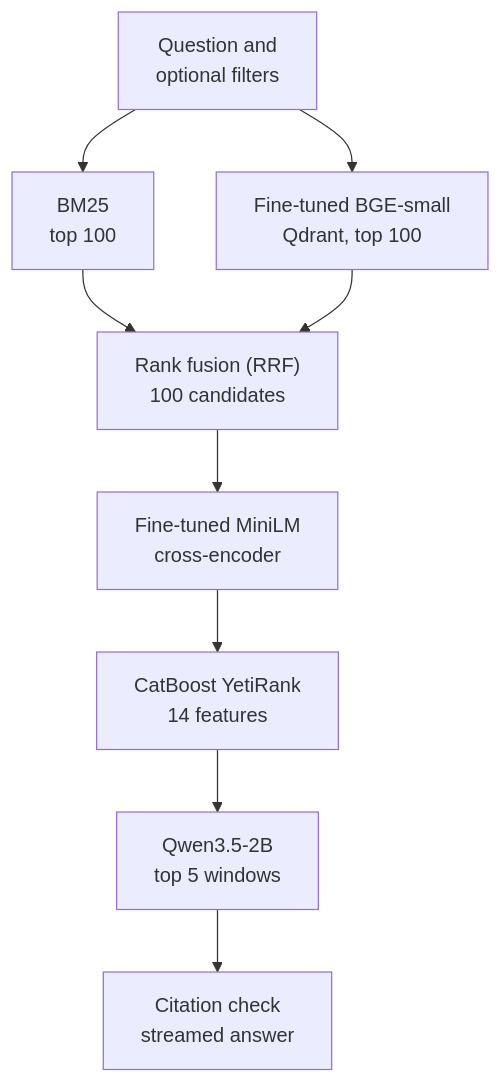
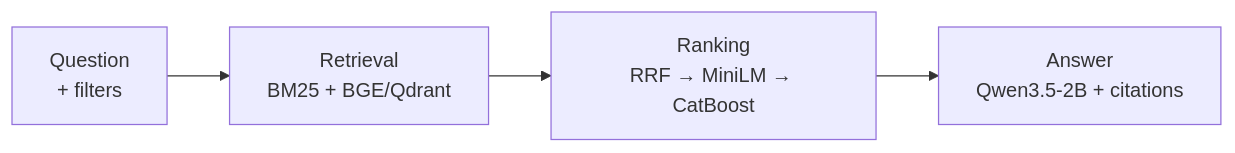
The diagram in README.md (flaretensor/ledgerlight), drawn with Mermaid before and after one commit.

Commit message:
docs(readme): simplify the pipeline diagram

````diff
--- a/README.md
+++ b/README.md
@@ -11,12 +11,9 @@
 ```mermaid
-%%{init: {"flowchart": {"wrappingWidth": 400}}}%%
-flowchart TB
-    Q["Question and<br/>optional filters"] --> B["BM25<br/>top 100"]
-    Q --> D["Fine-tuned BGE-small<br/>Qdrant, top 100"]
-    B --> R["Rank fusion (RRF)<br/>100 candidates"]
-    D --> R
-    R --> C["Fine-tuned MiniLM<br/>cross-encoder"]
-    C --> L["CatBoost YetiRank<br/>14 features"]
-    L --> G["Qwen3.5-2B<br/>top 5 windows"]
-    G --> V["Citation check<br/>streamed answer"]
+flowchart LR
+    Q["Question<br/>+ filters"]
+    R["Retrieval<br/>BM25 + BGE/Qdrant"]
+    L["Ranking<br/>RRF → MiniLM → CatBoost"]
+    A["Answer<br/>Qwen3.5-2B + citations"]
+
+    Q --> R --> L --> A
 ```
````
